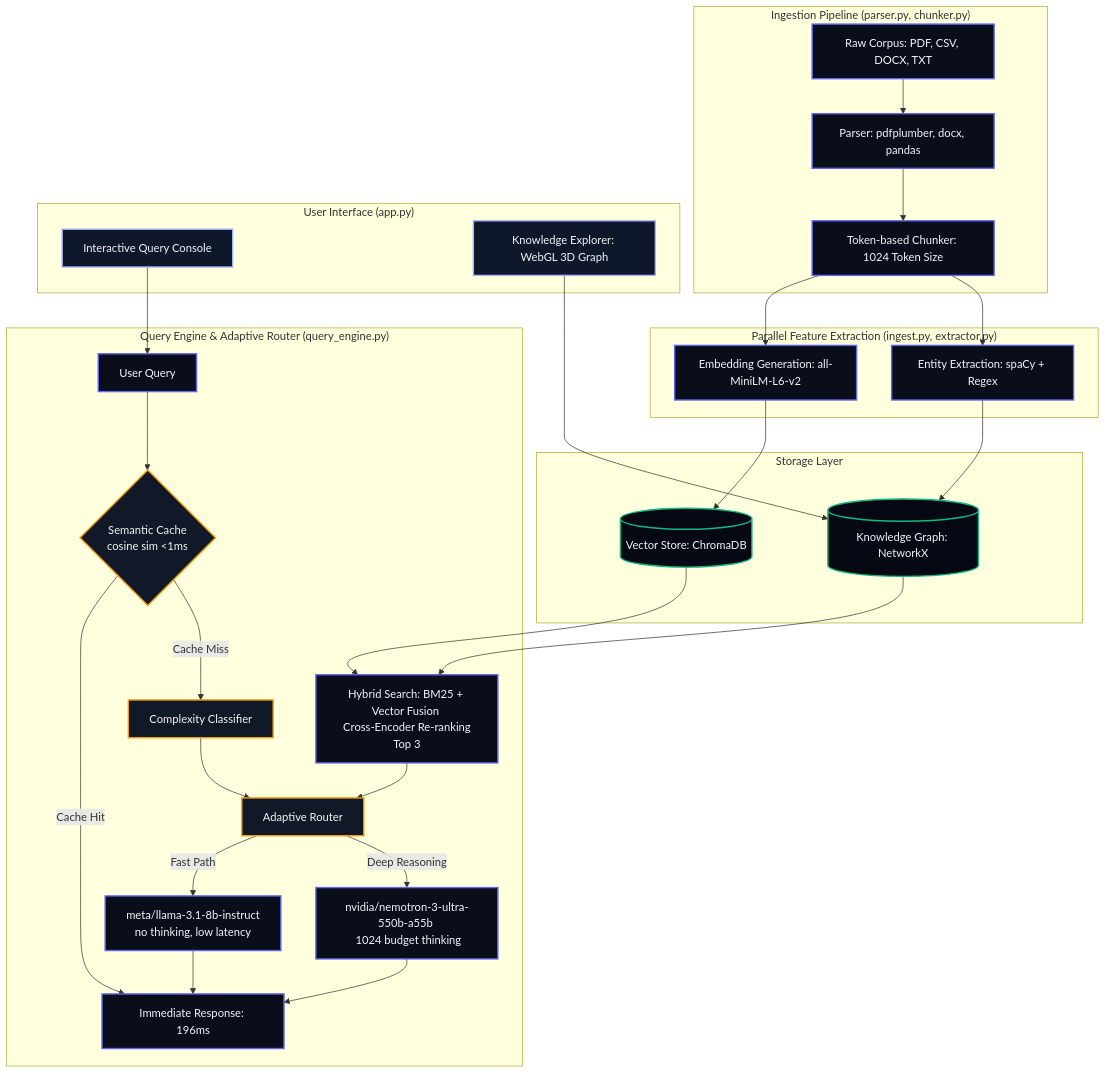
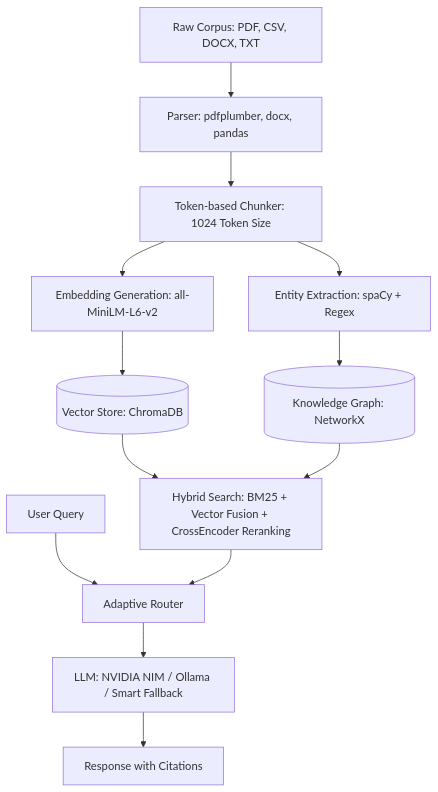
One commit to Shivala-08/synapse changed the diagram in README.md. Above: the diagram before and after it, drawn with Mermaid. The commit also changed other lines of this file and 153 other files, not shown here.

````diff
--- a/README.md
+++ b/README.md
@@ -11,56 +9,15 @@
 ```mermaid
 flowchart TD
-    %% Styling
-    classDef default fill:#0a0e1a,stroke:#6366f1,stroke-width:2px,color:#f1f5f9;
-    classDef storage fill:#060813,stroke:#10b981,stroke-width:2px,color:#f1f5f9;
-    classDef router fill:#111827,stroke:#f59e0b,stroke-width:2px,color:#f1f5f9;
-    classDef client fill:#0f172a,stroke:#a5b4fc,stroke-width:2px,color:#f1f5f9;
-
-    %% Ingestion Pipeline
-    subgraph Ingestion ["Ingestion Pipeline (parser.py, chunker.py)"]
-        A[Raw Corpus: PDF, CSV, DOCX, TXT] --> B[Parser: pdfplumber, docx, pandas]
-        B --> C[Token-based Chunker: 1024 Token Size]
-    end
-
-    %% Parallel Processing
-    subgraph Parallel ["Parallel Feature Extraction (ingest.py, extractor.py)"]
-        C --> D1[Embedding Generation: all-MiniLM-L6-v2]
-        C --> D2[Entity Extraction: spaCy + Regex]
-    end
-
-    %% Storage Layer
-    subgraph Storage ["Storage Layer"]
-        D1 --> E1[(Vector Store: ChromaDB)]
-        D2 --> E2[(Knowledge Graph: NetworkX)]
-    end
-
-    %% Query Engine & Adaptive Router
-    subgraph Query ["Query Engine & Adaptive Router (query_engine.py)"]
-        Q[User Query] --> SC{Semantic Cache <br/> cosine sim <1ms}
-        SC -- Cache Hit --> Ans[Immediate Response: 196ms]
-        SC -- Cache Miss --> CC[Complexity Classifier]
-        
-        CC --> R[Adaptive Router]
-        R -- Fast Path --> FP[meta/llama-3.1-8b-instruct <br/> no thinking, low latency]
-        R -- Deep Reasoning --> DP[nvidia/nemotron-3-ultra-550b-a55b <br/> 1024 budget thinking]
-        
-        %% Context Assembly
-        E1 --> CA[Hybrid Search: BM25 + Vector Fusion <br/> Cross-Encoder Re-ranking Top 3]
-        E2 --> CA
-        CA --> R
-        
-        FP --> Ans
-        DP --> Ans
-    end
-
-    %% UI Consumers
-    subgraph UI ["User Interface (app.py)"]
-        Cons[Interactive Query Console] --> Q
-        KE[Knowledge Explorer: WebGL 3D Graph] --> E2
-    end
-
-    %% Styles
-    class E1,E2 storage;
-    class SC,CC,R router;
-    class Cons,KE client;
+    A[Raw Corpus: PDF, CSV, DOCX, TXT] --> B[Parser: pdfplumber, docx, pandas]
+    B --> C[Token-based Chunker: 1024 Token Size]
+    C --> D1[Embedding Generation: all-MiniLM-L6-v2]
+    C --> D2[Entity Extraction: spaCy + Regex]
+    D1 --> E1[(Vector Store: ChromaDB)]
+    D2 --> E2[(Knowledge Graph: NetworkX)]
+    Q[User Query] --> R[Adaptive Router]
+    E1 --> CA[Hybrid Search: BM25 + Vector Fusion + CrossEncoder Reranking]
+    E2 --> CA
+    CA --> R
+    R --> LLM[LLM: NVIDIA NIM / Ollama / Smart Fallback]
+    LLM --> Ans[Response with Citations]
 ```
````
